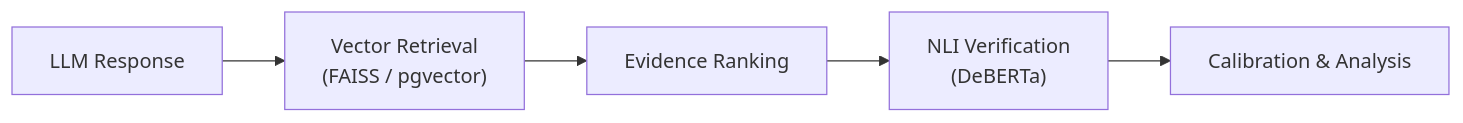
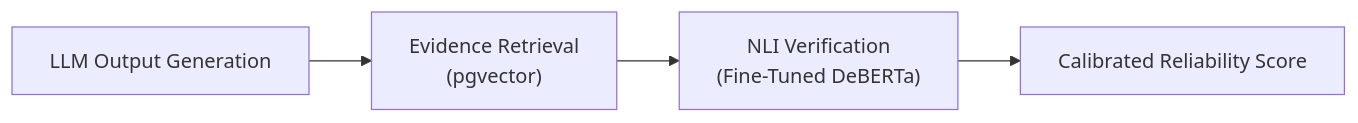
The second of 2 diagrams in README.md (Viraj281105/Viraj281105), drawn with Mermaid before and after one commit. The commit also changed other lines of this file, not shown here.

````diff
--- a/README.md
+++ b/README.md
@@ -84,7 +51,6 @@
 ```mermaid
 flowchart LR
-    A["LLM Response"] --> B["Vector Retrieval\n(FAISS / pgvector)"]
-    B --> C["Evidence Ranking"]
-    C --> D["NLI Verification\n(DeBERTa)"]
-    D --> E["Calibration & Analysis"]
+    A["LLM Output Generation"] --> B["Evidence Retrieval\n(pgvector)"]
+    B --> C["NLI Verification\n(Fine-Tuned DeBERTa)"]
+    C --> D["Calibrated Reliability Score"]
 ```
````
